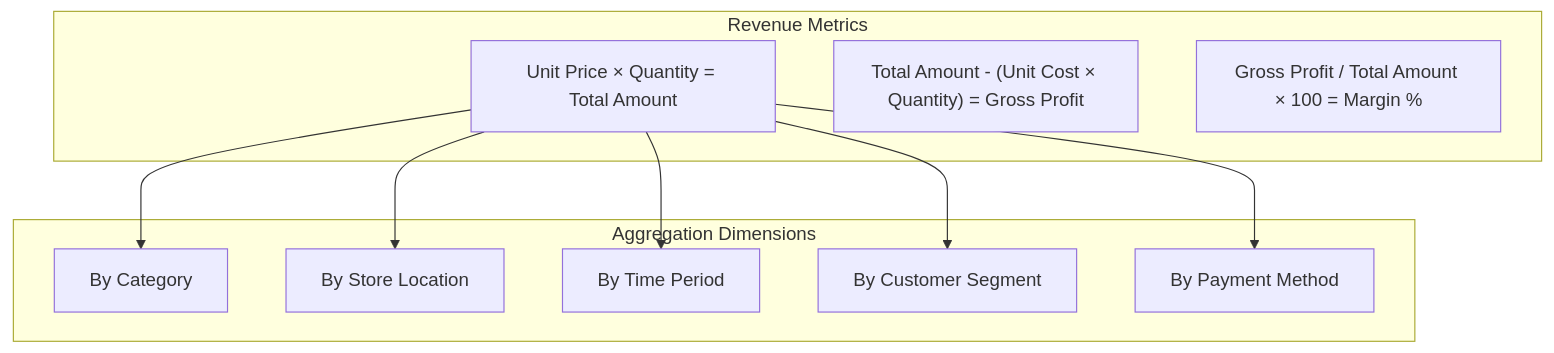
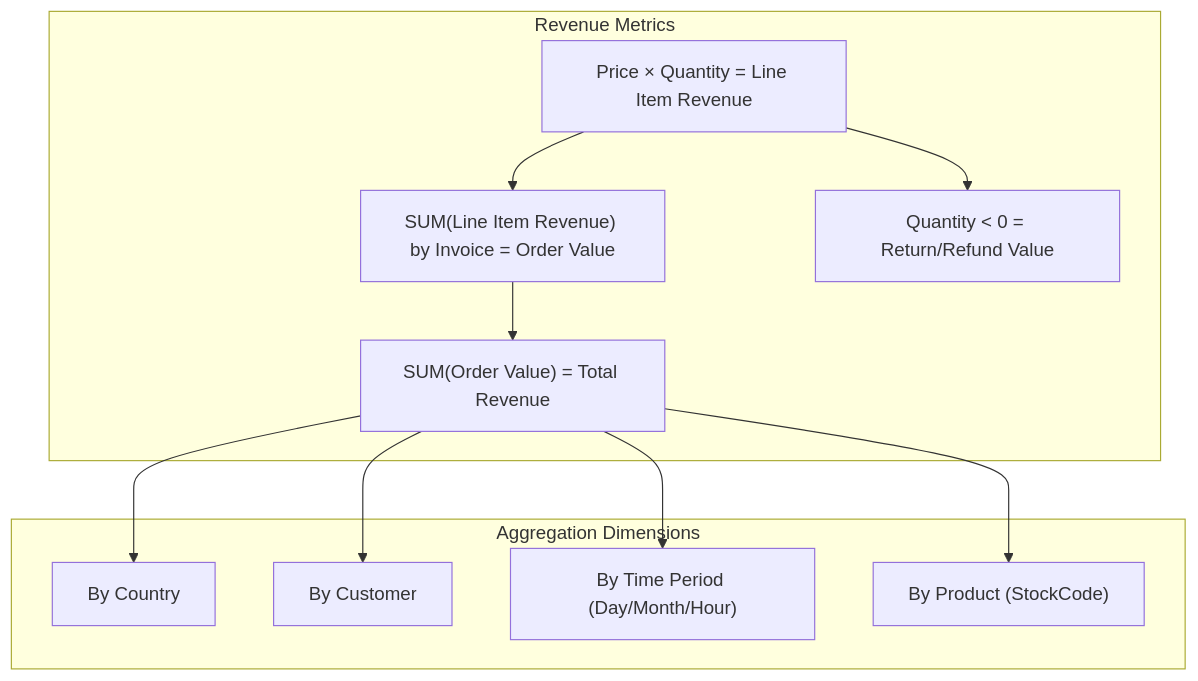
The first of 2 diagrams in docs/business-attributes-analysis.md (springboardmentor24052s-tech/Team_3_Small_Biz_Sales), drawn with Mermaid before and after one commit. The commit also changed other lines of this file and 4 other files, not shown here.

Commit message:
Update documentation to match UCI dataset schema

````diff
--- a/docs/business-attributes-analysis.md
+++ b/docs/business-attributes-analysis.md
@@ -24,22 +21,24 @@
 ```mermaid
 graph TD
     subgraph "Revenue Metrics"
-        A["Unit Price × Quantity = Total Amount"]
-        B["Total Amount - (Unit Cost × Quantity) = Gross Profit"]
-        C["Gross Profit / Total Amount × 100 = Margin %"]
+        A["Price × Quantity = Line Item Revenue"]
+        B["SUM(Line Item Revenue) by Invoice = Order Value"]
+        C["SUM(Order Value) = Total Revenue"]
+        D["Quantity < 0 = Return/Refund Value"]
     end
 
     subgraph "Aggregation Dimensions"
-        D["By Category"]
-        E["By Store Location"]
-        F["By Time Period"]
-        G["By Customer Segment"]
-        H["By Payment Method"]
+        E["By Country"]
+        F["By Customer"]
+        G["By Time Period (Day/Month/Hour)"]
+        H["By Product (StockCode)"]
     end
 
+    A --> B
+    B --> C
     A --> D
-    A --> E
-    A --> F
-    A --> G
-    A --> H
+    C --> E
+    C --> F
+    C --> G
+    C --> H
 ```
````
